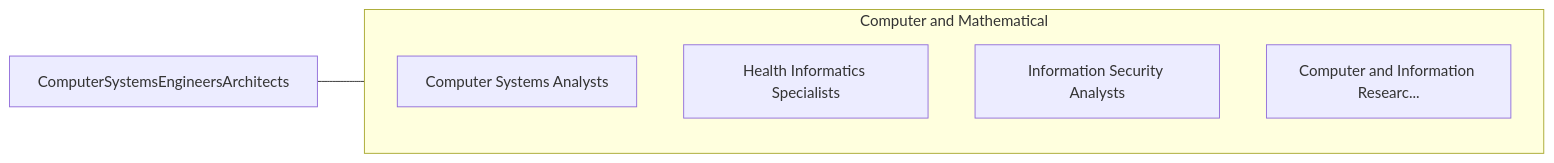
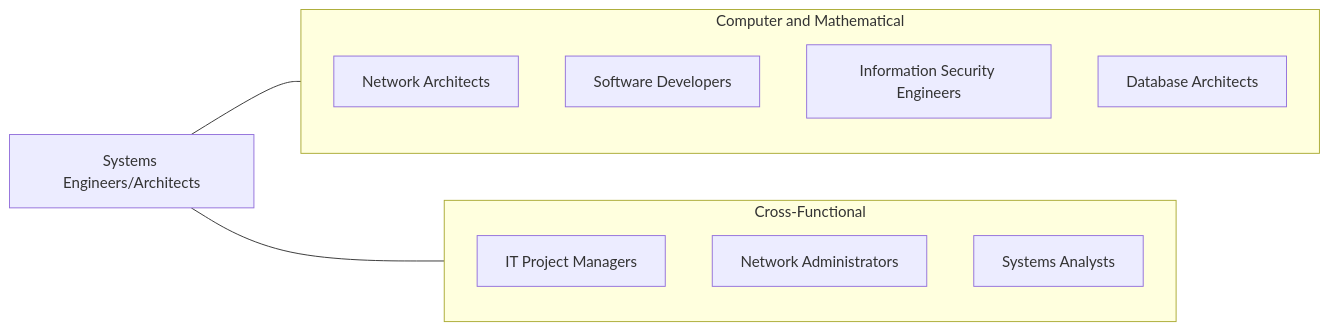
Before and after one commit to kziemski/business.org.ai: the third of 4 diagrams in occupations/Technology/ComputerSystemsEngineersArchitects.mdx, drawn with Mermaid. The commit also changed other lines of this file and 938 other files, not shown here.

````diff
--- a/occupations/Technology/ComputerSystemsEngineersArchitects.mdx
+++ b/occupations/Technology/ComputerSystemsEngineersArchitects.mdx
@@ -123,13 +194,20 @@
 ```mermaid
 graph LR
-    Current["ComputerSystemsEngineersArchitects"]
+    Current["Systems Engineers/Architects"]
 
     subgraph SameCategory["Computer and Mathematical"]
-        ComputerSystemsAnaly["Computer Systems Analysts"]
-        HealthInformaticsSpe["Health Informatics Specialists"]
-        InformationSecurityA["Information Security Analysts"]
-        ComputerAndInformati["Computer and Information Researc..."]
+        NCA["Network Architects"]
+        SD["Software Developers"]
+        ISE["Information Security Engineers"]
+        DBA["Database Architects"]
+    end
+
+    subgraph CrossFunctional["Cross-Functional"]
+        ITPM["IT Project Managers"]
+        CNA["Network Administrators"]
+        CSA["Systems Analysts"]
     end
 
     Current --- SameCategory
+    Current --- CrossFunctional
 ```
````
